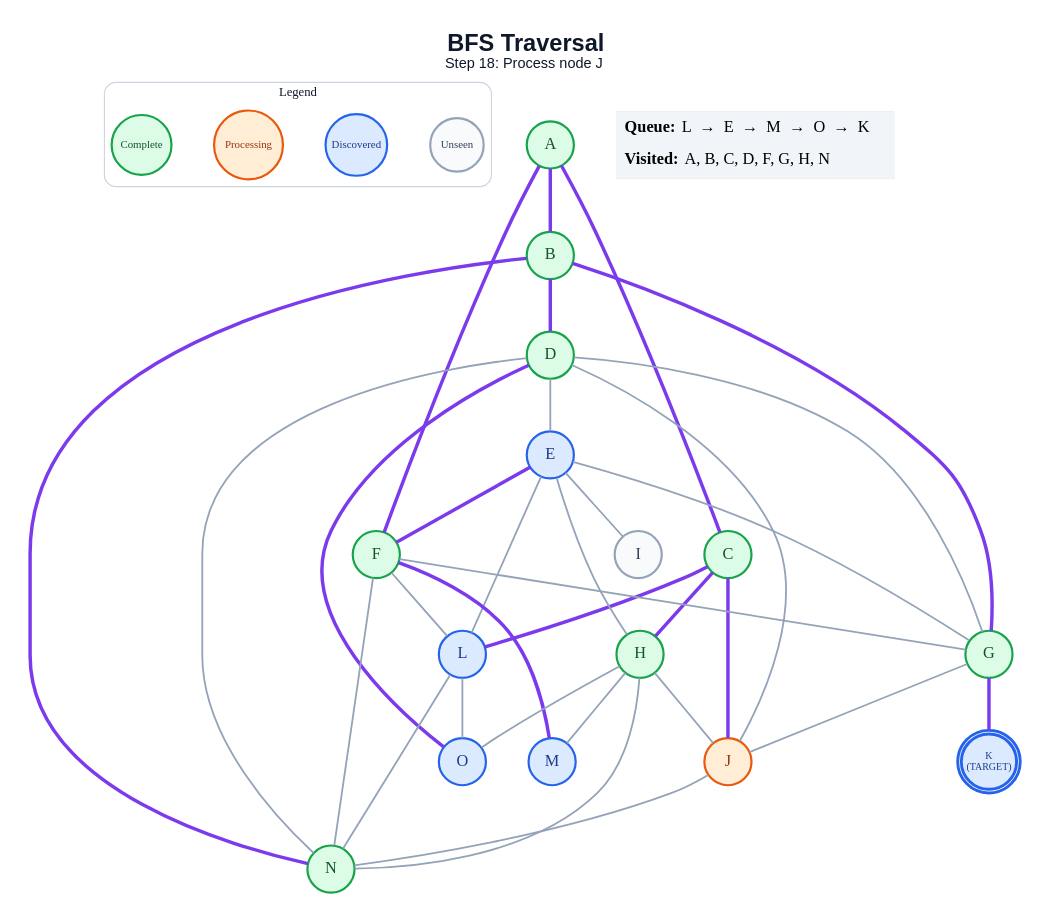
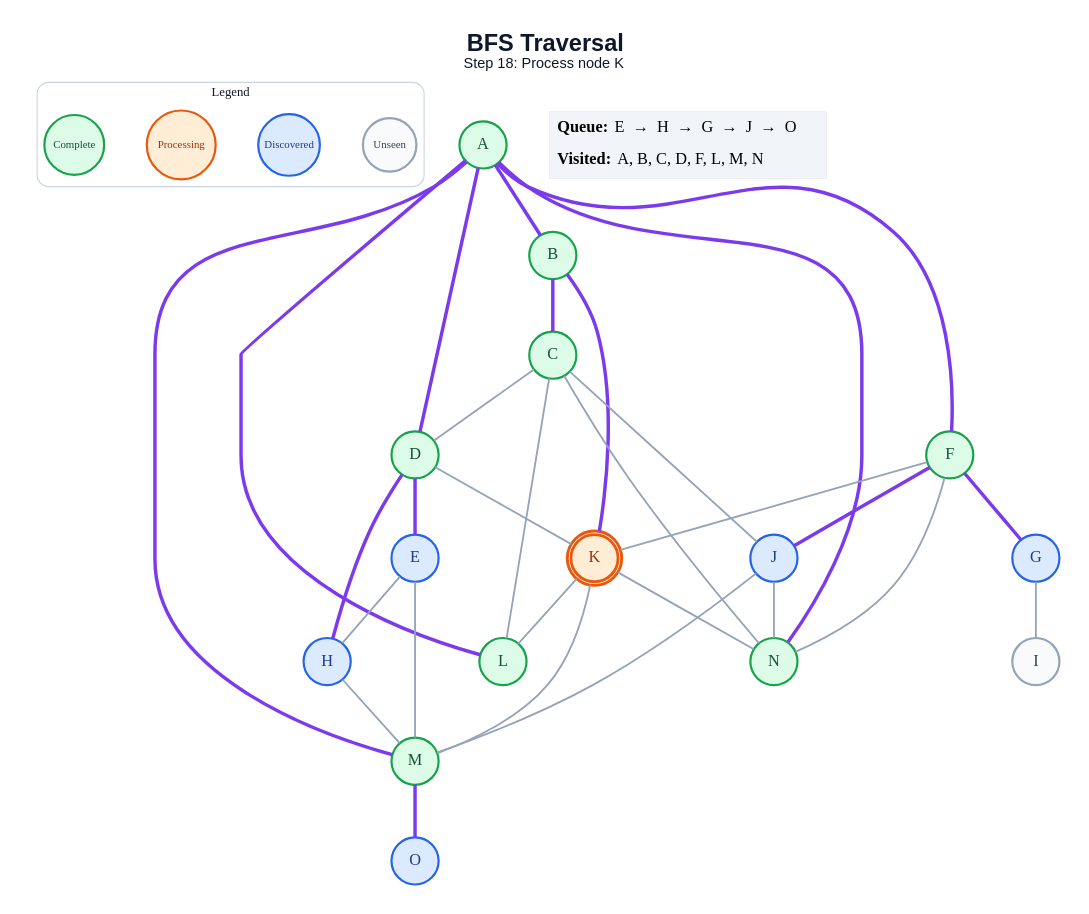
Before and after one commit to anon7238593-create/ai-slop: the diagram in generated/bfs/step_18.dot, drawn with Graphviz. The commit also changed 317 other files, not shown here.

```diff
--- a/generated/bfs/step_18.dot
+++ b/generated/bfs/step_18.dot
@@ -1,66 +1,63 @@
 graph traversal {
   graph [layout=dot, rankdir=TB, bgcolor="#FFFFFF", pad="0.35", nodesep="0.65", ranksep="0.8", fontname="Arial"];
   node [shape=circle, style="filled", fontname="Arial Bold", fontsize=18, width=0.72, fixedsize=true, penwidth=2.4];
   edge [color="#94A3B8", penwidth=2.0];
-  label=<<B>BFS Traversal</B><BR/><FONT POINT-SIZE="16">Step 18: Process node J</FONT>>; labelloc="t"; fontsize=26; fontname="Arial"; fontcolor="#0F172A";
+  label=<<B>BFS Traversal</B><BR/><FONT POINT-SIZE="16">Step 18: Process node K</FONT>>; labelloc="t"; fontsize=26; fontname="Arial"; fontcolor="#0F172A";
   subgraph cluster_legend { label="Legend"; color="#CBD5E1"; penwidth=1.2; style="rounded"; fontsize=14; fontname="Arial Bold";
     key_unseen [label="Unseen", fillcolor="#F8FAFC", color="#94A3B8", fontcolor="#334155", fontsize=12, width=0.82];
     key_frontier [label="Discovered", fillcolor="#DBEAFE", color="#2563EB", fontcolor="#1E3A8A", fontsize=12, width=0.95];
     key_current [label="Processing", fillcolor="#FFEDD5", color="#EA580C", fontcolor="#9A3412", fontsize=12, width=1.05];
     key_done [label="Complete", fillcolor="#DCFCE7", color="#16A34A", fontcolor="#14532D", fontsize=12, width=0.92];
     { rank=same; key_unseen; key_frontier; key_current; key_done; }
   }
   A [label="A", fillcolor="#DCFCE7", color="#16A34A", fontcolor="#14532D", peripheries=1, penwidth=2.4];
   B [label="B", fillcolor="#DCFCE7", color="#16A34A", fontcolor="#14532D", peripheries=1, penwidth=2.4];
   C [label="C", fillcolor="#DCFCE7", color="#16A34A", fontcolor="#14532D", peripheries=1, penwidth=2.4];
   D [label="D", fillcolor="#DCFCE7", color="#16A34A", fontcolor="#14532D", peripheries=1, penwidth=2.4];
   E [label="E", fillcolor="#DBEAFE", color="#2563EB", fontcolor="#1E3A8A", peripheries=1, penwidth=2.4];
   F [label="F", fillcolor="#DCFCE7", color="#16A34A", fontcolor="#14532D", peripheries=1, penwidth=2.4];
-  G [label="G", fillcolor="#DCFCE7", color="#16A34A", fontcolor="#14532D", peripheries=1, penwidth=2.4];
-  H [label="H", fillcolor="#DCFCE7", color="#16A34A", fontcolor="#14532D", peripheries=1, penwidth=2.4];
+  G [label="G", fillcolor="#DBEAFE", color="#2563EB", fontcolor="#1E3A8A", peripheries=1, penwidth=2.4];
+  H [label="H", fillcolor="#DBEAFE", color="#2563EB", fontcolor="#1E3A8A", peripheries=1, penwidth=2.4];
   I [label="I", fillcolor="#F8FAFC", color="#94A3B8", fontcolor="#334155", peripheries=1, penwidth=2.4];
-  J [label="J", fillcolor="#FFEDD5", color="#EA580C", fontcolor="#9A3412", peripheries=1, penwidth=2.4];
-  K [label="K\n(TARGET)", fillcolor="#DBEAFE", color="#2563EB", fontcolor="#1E3A8A", peripheries=2, penwidth=3.2, fontsize=11, width=0.85, height=0.85];
-  L [label="L", fillcolor="#DBEAFE", color="#2563EB", fontcolor="#1E3A8A", peripheries=1, penwidth=2.4];
-  M [label="M", fillcolor="#DBEAFE", color="#2563EB", fontcolor="#1E3A8A", peripheries=1, penwidth=2.4];
+  J [label="J", fillcolor="#DBEAFE", color="#2563EB", fontcolor="#1E3A8A", peripheries=1, penwidth=2.4];
+  K [label="K", fillcolor="#FFEDD5", color="#EA580C", fontcolor="#9A3412", peripheries=2, penwidth=3.2];
+  L [label="L", fillcolor="#DCFCE7", color="#16A34A", fontcolor="#14532D", peripheries=1, penwidth=2.4];
+  M [label="M", fillcolor="#DCFCE7", color="#16A34A", fontcolor="#14532D", peripheries=1, penwidth=2.4];
   N [label="N", fillcolor="#DCFCE7", color="#16A34A", fontcolor="#14532D", peripheries=1, penwidth=2.4];
   O [label="O", fillcolor="#DBEAFE", color="#2563EB", fontcolor="#1E3A8A", peripheries=1, penwidth=2.4];
   A -- B [color="#7C3AED", penwidth=3.8];
-  A -- C [color="#7C3AED", penwidth=3.8];
+  A -- D [color="#7C3AED", penwidth=3.8];
   A -- F [color="#7C3AED", penwidth=3.8];
-  B -- D [color="#7C3AED", penwidth=3.8];
-  B -- G [color="#7C3AED", penwidth=3.8];
-  B -- N [color="#7C3AED", penwidth=3.8];
-  C -- H [color="#7C3AED", penwidth=3.8];
-  C -- J [color="#7C3AED", penwidth=3.8];
-  C -- L [color="#7C3AED", penwidth=3.8];
-  D -- E;
-  D -- G;
-  D -- J;
-  D -- N;
-  D -- O [color="#7C3AED", penwidth=3.8];
-  E -- F [color="#7C3AED", penwidth=3.8];
-  E -- G;
+  A -- L [color="#7C3AED", penwidth=3.8];
+  A -- M [color="#7C3AED", penwidth=3.8];
+  A -- N [color="#7C3AED", penwidth=3.8];
+  B -- C [color="#7C3AED", penwidth=3.8];
+  B -- K [color="#7C3AED", penwidth=3.8];
+  C -- D;
+  C -- J;
+  C -- L;
+  C -- N;
+  D -- E [color="#7C3AED", penwidth=3.8];
+  D -- H [color="#7C3AED", penwidth=3.8];
+  D -- K;
   E -- H;
-  E -- I;
-  E -- L;
-  F -- G;
-  F -- L;
-  F -- M [color="#7C3AED", penwidth=3.8];
+  E -- M;
+  F -- G [color="#7C3AED", penwidth=3.8];
+  F -- J [color="#7C3AED", penwidth=3.8];
+  F -- K;
   F -- N;
-  G -- J;
-  G -- K [color="#7C3AED", penwidth=3.8];
-  H -- J;
+  G -- I;
   H -- M;
-  H -- N;
-  H -- O;
+  J -- M;
   J -- N;
-  L -- N;
-  L -- O;
+  K -- L;
+  K -- M;
+  K -- N;
+  M -- O [color="#7C3AED", penwidth=3.8];
   status [shape=plain, fixedsize=false, width=0, height=0, margin=0, label=<
     <TABLE BORDER="0" CELLBORDER="0" CELLPADDING="7" BGCOLOR="#F1F5F9">
-      <TR><TD ALIGN="LEFT"><B>Queue:</B> L  →  E  →  M  →  O  →  K</TD></TR>
-      <TR><TD ALIGN="LEFT"><B>Visited:</B> A, B, C, D, F, G, H, N</TD></TR>
+      <TR><TD ALIGN="LEFT"><B>Queue:</B> E  →  H  →  G  →  J  →  O</TD></TR>
+      <TR><TD ALIGN="LEFT"><B>Visited:</B> A, B, C, D, F, L, M, N</TD></TR>
     </TABLE>
   >];
 }
```
